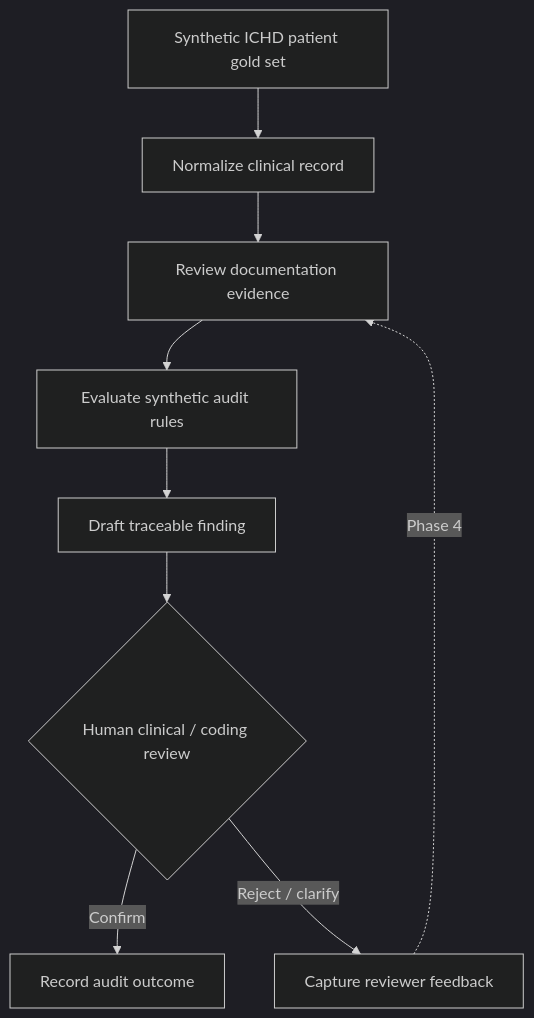
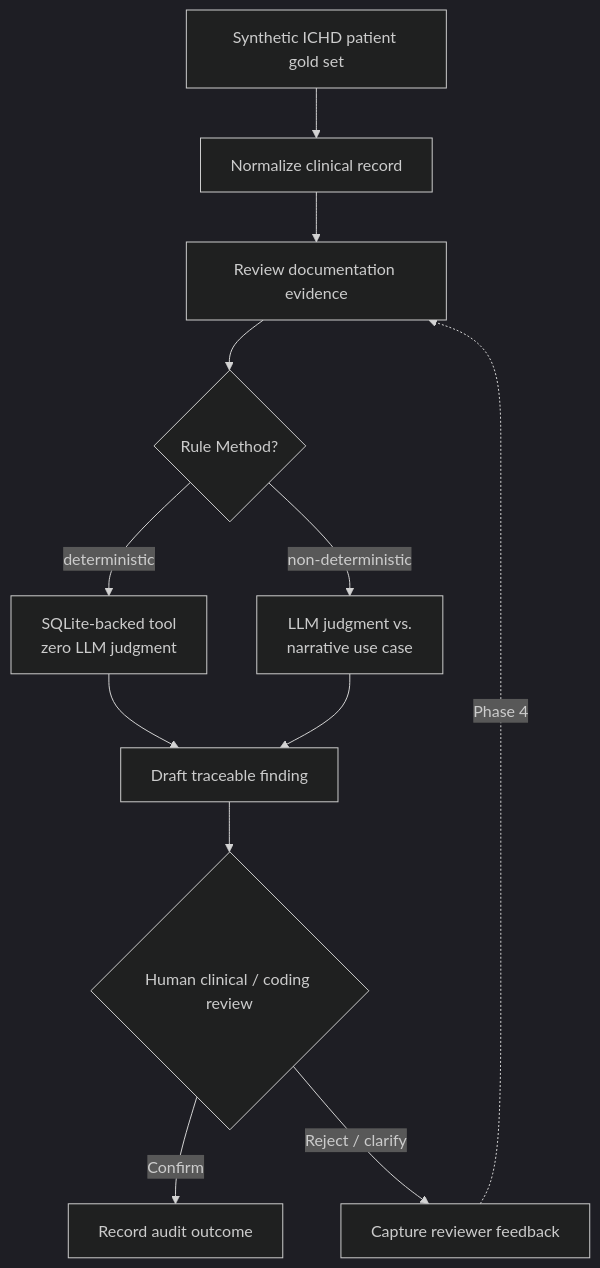
Before and after one commit to fmlin0429712024/clinical-documentation-audit-poc: the first of 2 diagrams in README.md, drawn with Mermaid (dark theme). The commit also changed other lines of this file, not shown here.

First line of the commit message:
Document Phase 2 in README; fix Phase 1 diagram

````diff
--- a/README.md
+++ b/README.md
@@ -26,11 +26,14 @@
 ```mermaid
 flowchart TD
     A["Synthetic ICHD patient gold set"] --> B["Normalize clinical record"]
     B --> C["Review documentation evidence"]
-    C --> D["Evaluate synthetic audit rules"]
-    D --> E["Draft traceable finding"]
+    C --> D{"Rule Method?"}
+    D -->|deterministic| DT["SQLite-backed tool<br/>zero LLM judgment"]
+    D -->|non-deterministic| ND["LLM judgment vs.<br/>narrative use case"]
+    DT --> E["Draft traceable finding"]
+    ND --> E
     E --> F{"Human clinical / coding review"}
     F -->|Confirm| G["Record audit outcome"]
     F -->|Reject / clarify| H["Capture reviewer feedback"]
     H -.Phase 4.-> C
 ```
````
